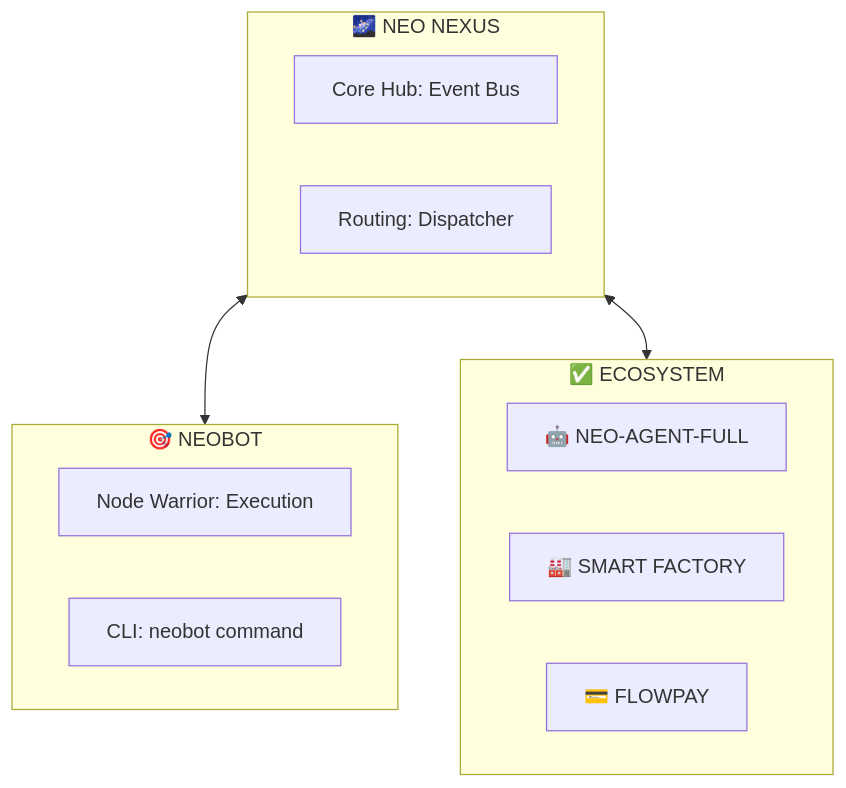
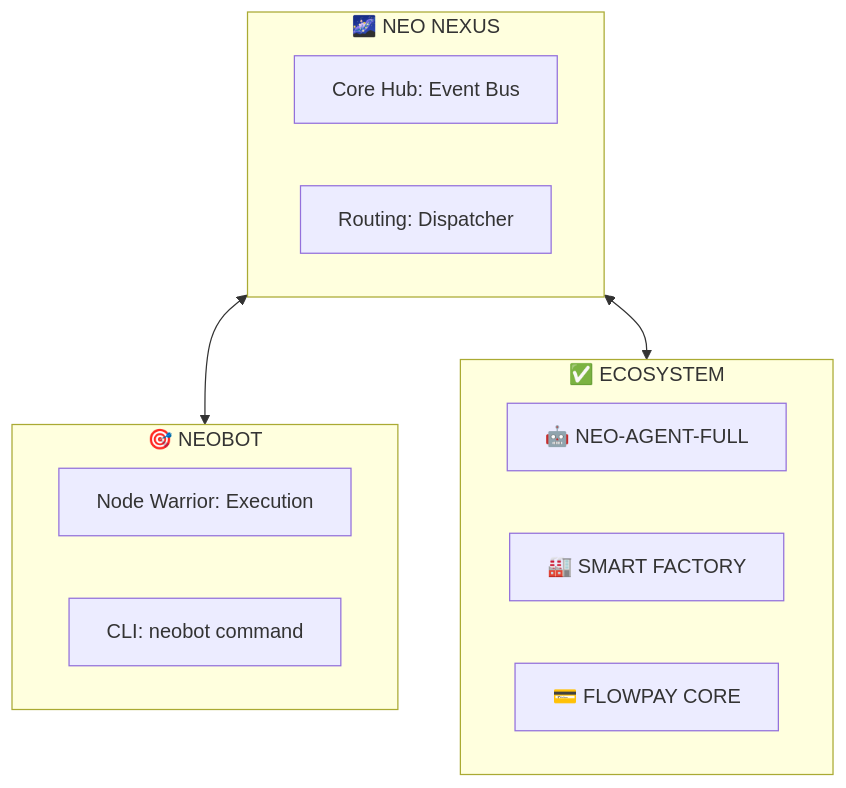
Before and after one commit to NEO-PROTOCOL/neobot: the diagram in README.md, drawn with Mermaid. The commit also changed other lines of this file and 8 other files, not shown here.

Commit message:
feat: register FlowPay Core nodes and update dependency registry

````diff
--- a/README.md
+++ b/README.md
@@ -93,21 +94,21 @@
 ```mermaid
 graph TB
     subgraph NEXUS["🌌 NEO NEXUS"]
         CORE[Core Hub: Event Bus]
         ROUTING[Routing: Dispatcher]
     end
 
     subgraph ARCHITECT["🎯 NEOBOT"]
         WARRIOR[Node Warrior: Execution]
         CLI[CLI: neobot command]
     end
 
     subgraph ACTIVE_NODES["✅ ECOSYSTEM"]
         FULL_AGENT["🤖 NEO-AGENT-FULL"]
         FACTORY["🏭 SMART FACTORY"]
-        FINANCE["💳 FLOWPAY"]
+        FINANCE["💳 FLOWPAY CORE"]
     end
 
     NEXUS <--> ARCHITECT
     NEXUS <--> ACTIVE_NODES
 ```
````
